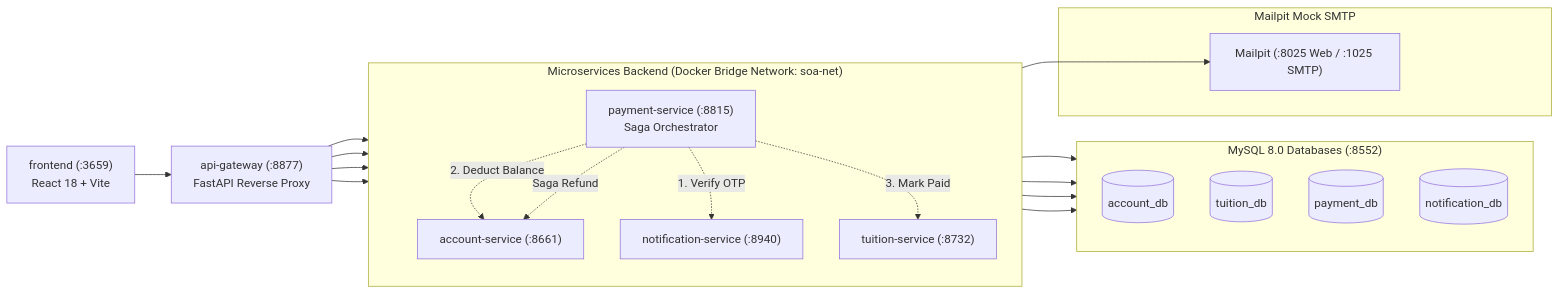
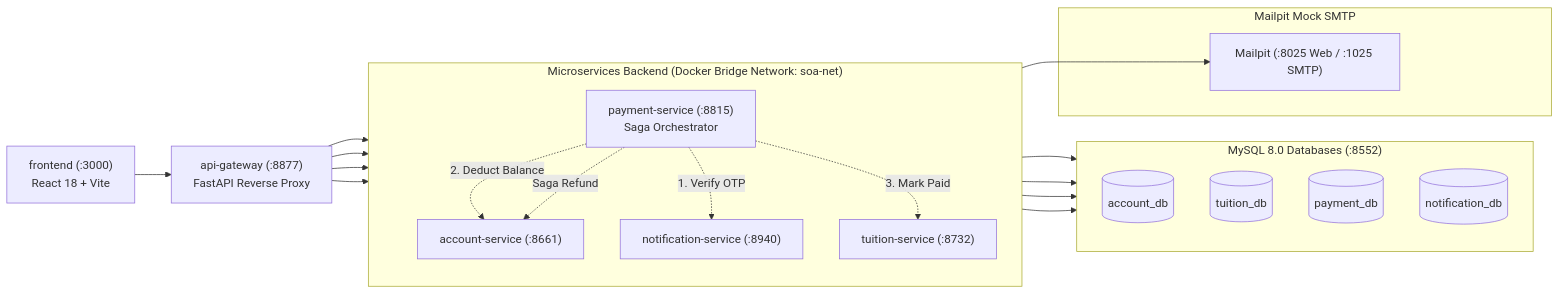
Before and after one commit to thanhngo92/soa: the third of 3 diagrams in README.md, drawn with Mermaid. The commit also changed other lines of this file and 11 other files, not shown here.

````diff
--- a/README.md
+++ b/README.md
@@ -115,40 +115,40 @@
 ```mermaid
 flowchart LR
-    frontend["frontend (:3659)\nReact 18 + Vite"] --> api-gateway["api-gateway (:8877)\nFastAPI Reverse Proxy"]
+    frontend["frontend (:3000)\nReact 18 + Vite"] --> api-gateway["api-gateway (:8877)\nFastAPI Reverse Proxy"]
 
     subgraph services ["Microservices Backend (Docker Bridge Network: soa-net)"]
         direction TB
         account-service["account-service (:8661)"]
         tuition-service["tuition-service (:8732)"]
         payment-service["payment-service (:8815)\nSaga Orchestrator"]
         notification-service["notification-service (:8940)"]
     end
 
     subgraph databases ["MySQL 8.0 Databases (:8552)"]
         direction TB
         account_db[("account_db")]
         tuition_db[("tuition_db")]
         payment_db[("payment_db")]
         notification_db[("notification_db")]
     end
 
     subgraph mailpit ["Mailpit Mock SMTP"]
         mailpit_srv["Mailpit (:8025 Web / :1025 SMTP)"]
     end
 
     api-gateway --> account-service
     api-gateway --> tuition-service
     api-gateway --> payment-service
     api-gateway --> notification-service
 
     account-service --> account_db
     tuition-service --> tuition_db
     payment-service --> payment_db
     notification-service --> notification_db
     notification-service --> mailpit_srv
 
     payment-service -.->|1. Verify OTP| notification-service
     payment-service -.->|2. Deduct Balance| account-service
     payment-service -.->|3. Mark Paid| tuition-service
     payment-service -.->|Saga Refund| account-service
 ```
````
